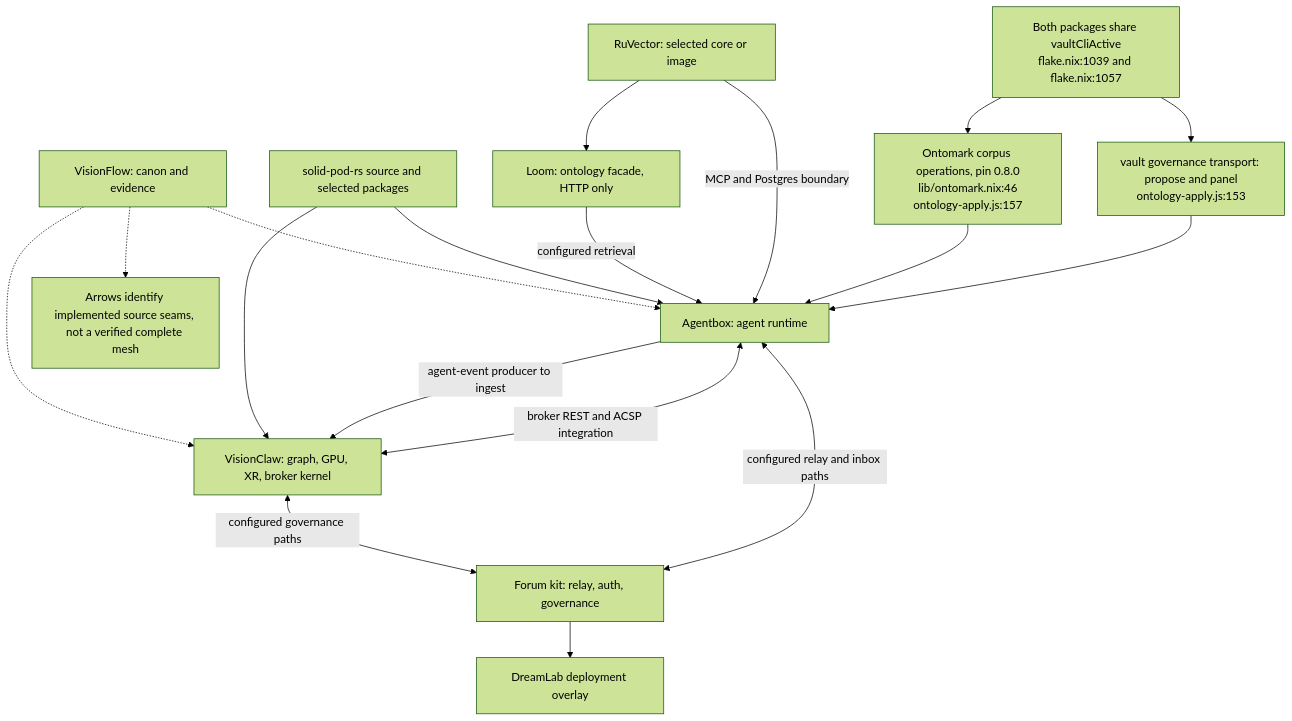
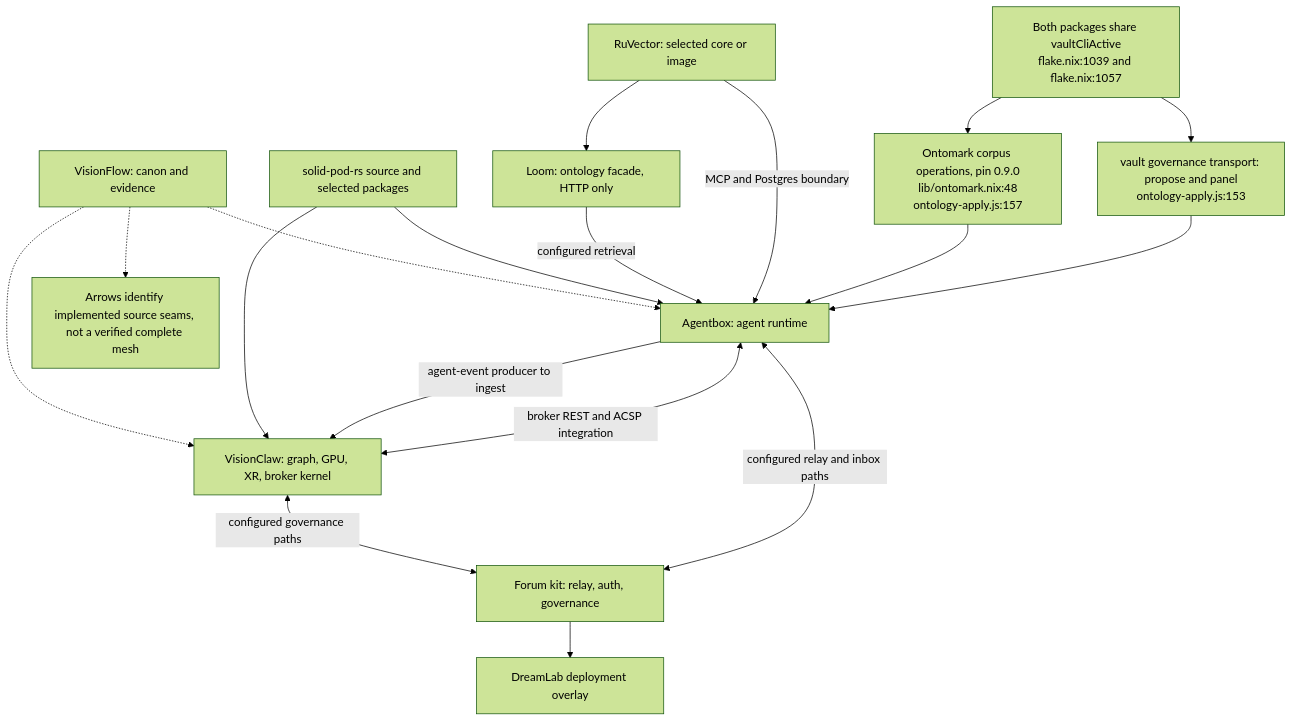
The first of 7 diagrams in docs/diagrams/visionflow/08-compatibility-and-dependency-direction.md (DreamLab-AI/VisionFlow), drawn with Mermaid (forest theme) before and after one commit. The commit also changed other lines of this file and 70 other files, not shown here.

First line of the commit message:
docs(diagrams): re-verify 69 topics at current default-branch heads

````diff
--- a/docs/diagrams/visionflow/08-compatibility-and-dependency-direction.md
+++ b/docs/diagrams/visionflow/08-compatibility-and-dependency-direction.md
@@ -42,21 +42,21 @@
 ```mermaid
 flowchart TB
     VF["VisionFlow: canon and evidence"] -.-> VC["VisionClaw: graph, GPU, XR, broker kernel"]
     VF -.-> AB["Agentbox: agent runtime"]
     SPR["solid-pod-rs source and selected packages"] --> VC
     SPR --> AB
     NRF["Forum kit: relay, auth, governance"] --> DLW["DreamLab deployment overlay"]
     AB -->|agent-event producer to ingest| VC
     AB <-->|broker REST and ACSP integration| VC
     VC <-->|configured governance paths| NRF
     AB <-->|configured relay and inbox paths| NRF
     LOOM["Loom: ontology facade, HTTP only"] -->|configured retrieval| AB
     RV["RuVector: selected core or image"] --> LOOM
     RV -->|MCP and Postgres boundary| AB
-    CLI["Ontomark corpus operations, pin 0.8.0<br/>lib/ontomark.nix:46<br/>ontology-apply.js:157"] --> AB
+    CLI["Ontomark corpus operations, pin 0.9.0<br/>lib/ontomark.nix:48<br/>ontology-apply.js:157"] --> AB
     VAULT["vault governance transport: propose and panel<br/>ontology-apply.js:153"] --> AB
     GATE["Both packages share vaultCliActive<br/>flake.nix:1039 and flake.nix:1057"] --> CLI
     GATE --> VAULT
     SCOPE["Arrows identify implemented source seams, not a verified complete mesh"]
     VF -.-> SCOPE
 ```
````
